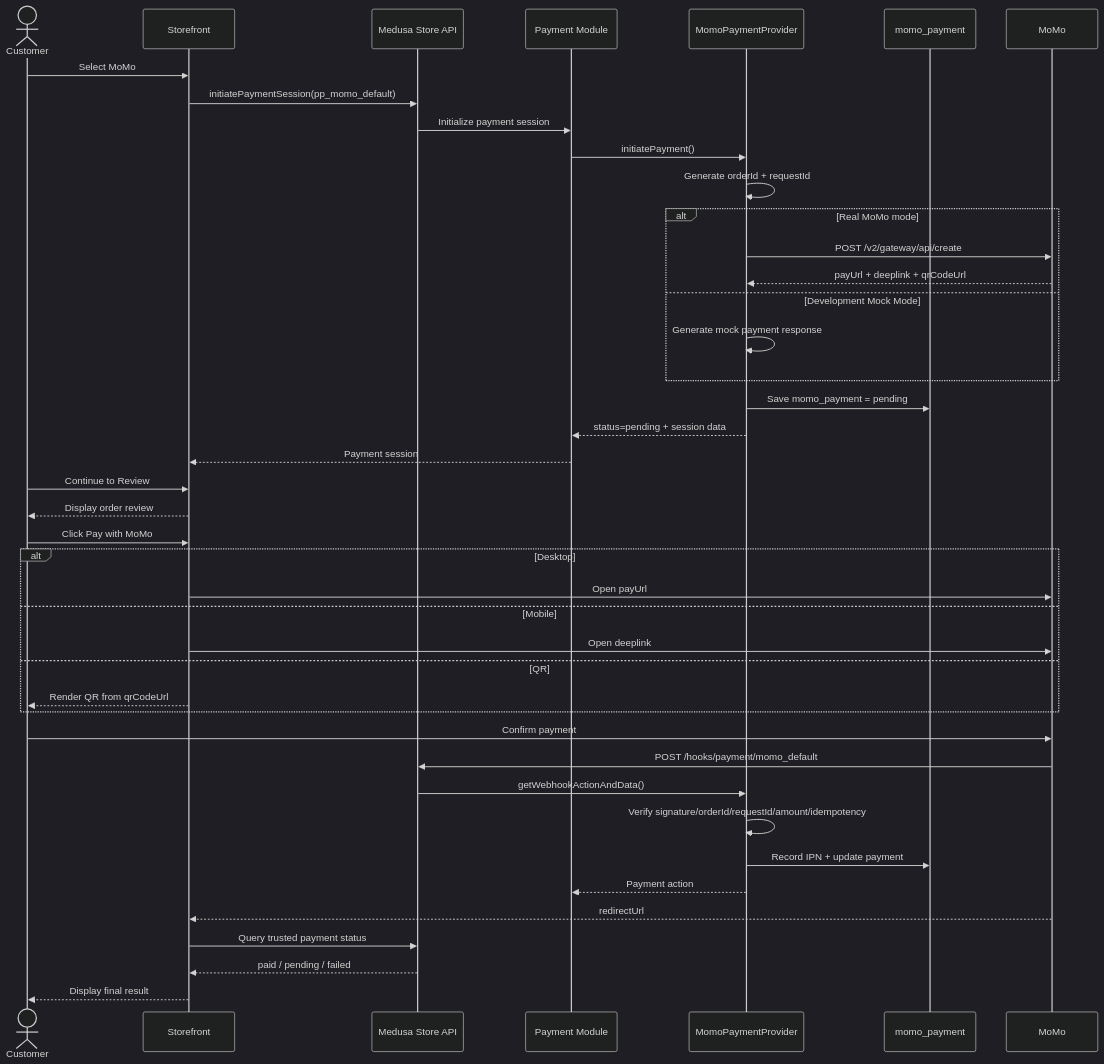
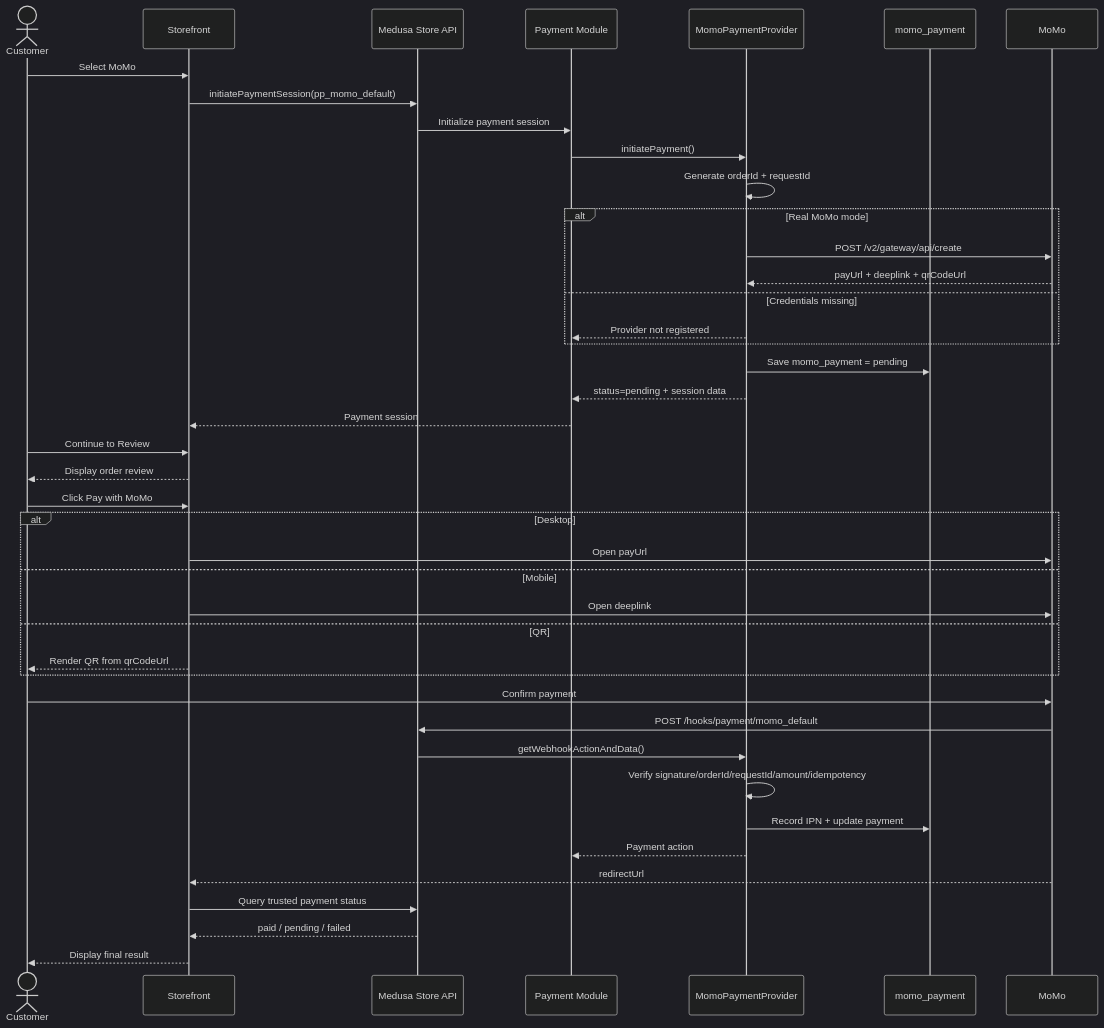
The diagram in MOMO_CAPTURE_WALLET_FLOW_PLAN.md (BuiNgocThuc/medusa-core-lab), drawn with Mermaid (dark theme) before and after one commit. The commit also changed other lines of this file and 8 other files, not shown here.

Commit message:
flow test payment momo2

````diff
--- a/MOMO_CAPTURE_WALLET_FLOW_PLAN.md
+++ b/MOMO_CAPTURE_WALLET_FLOW_PLAN.md
@@ -101,51 +105,51 @@
 ```mermaid
 sequenceDiagram
     actor C as Customer
     participant SF as Storefront
     participant API as Medusa Store API
     participant PM as Payment Module
     participant MP as MomoPaymentProvider
     participant DB as momo_payment
     participant MOMO as MoMo
 
     C->>SF: Select MoMo
     SF->>API: initiatePaymentSession(pp_momo_default)
     API->>PM: Initialize payment session
     PM->>MP: initiatePayment()
     MP->>MP: Generate orderId + requestId
 
     alt Real MoMo mode
         MP->>MOMO: POST /v2/gateway/api/create
         MOMO-->>MP: payUrl + deeplink + qrCodeUrl
-    else Development Mock Mode
-        MP->>MP: Generate mock payment response
+    else Credentials missing
+        MP-->>PM: Provider not registered
     end
 
     MP->>DB: Save momo_payment = pending
     MP-->>PM: status=pending + session data
     PM-->>SF: Payment session
 
     C->>SF: Continue to Review
     SF-->>C: Display order review
     C->>SF: Click Pay with MoMo
 
     alt Desktop
         SF->>MOMO: Open payUrl
     else Mobile
         SF->>MOMO: Open deeplink
     else QR
         SF-->>C: Render QR from qrCodeUrl
     end
 
     C->>MOMO: Confirm payment
     MOMO->>API: POST /hooks/payment/momo_default
     API->>MP: getWebhookActionAndData()
     MP->>MP: Verify signature/orderId/requestId/amount/idempotency
     MP->>DB: Record IPN + update payment
     MP-->>PM: Payment action
 
     MOMO-->>SF: redirectUrl
     SF->>API: Query trusted payment status
     API-->>SF: paid / pending / failed
     SF-->>C: Display final result
 ```
````
